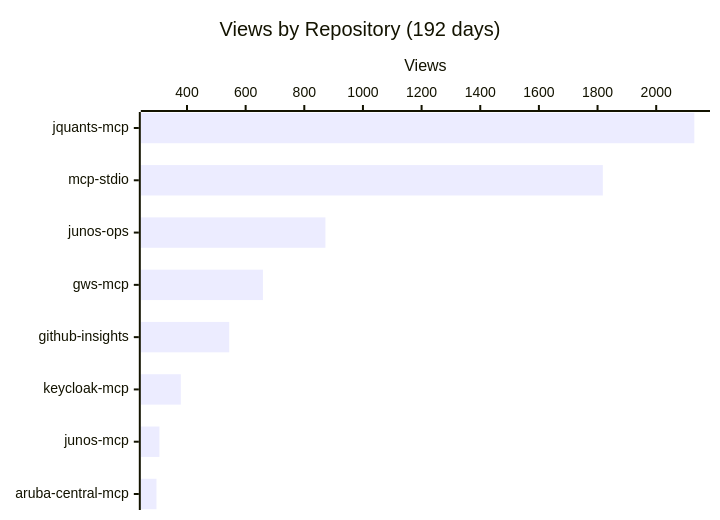
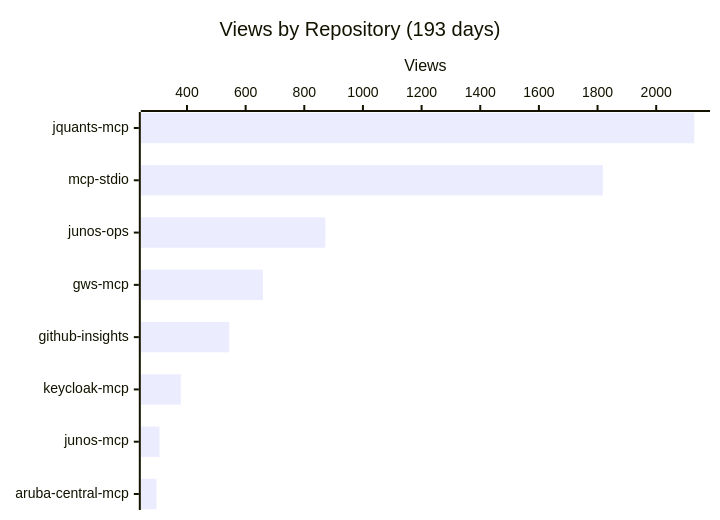
One commit to shigechika/github-insights changed the first of 4 diagrams in README.md. Above: the diagram before and after it, drawn with Mermaid. The commit also changed other lines of this file and 2 other files, not shown here.

````diff
--- a/README.md
+++ b/README.md
@@ -18,7 +18,7 @@
 ```mermaid
 xychart-beta horizontal
-    title "Views by Repository (192 days)"
+    title "Views by Repository (193 days)"
     x-axis ["jquants-mcp", "mcp-stdio", "junos-ops", "gws-mcp", "github-insights", "keycloak-mcp", "junos-mcp", "aruba-central-mcp"]
     y-axis "Views"
     bar [2130, 1818, 872, 659, 544, 379, 306, 296]
 ```
````
